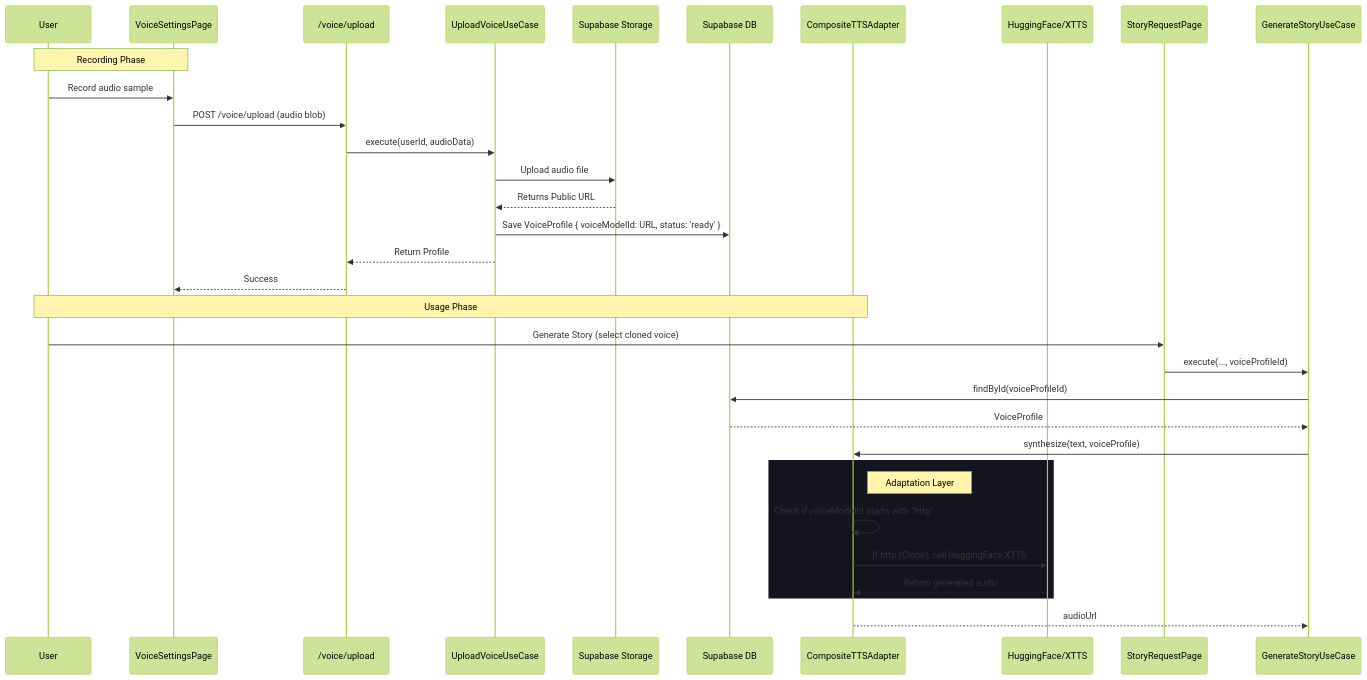
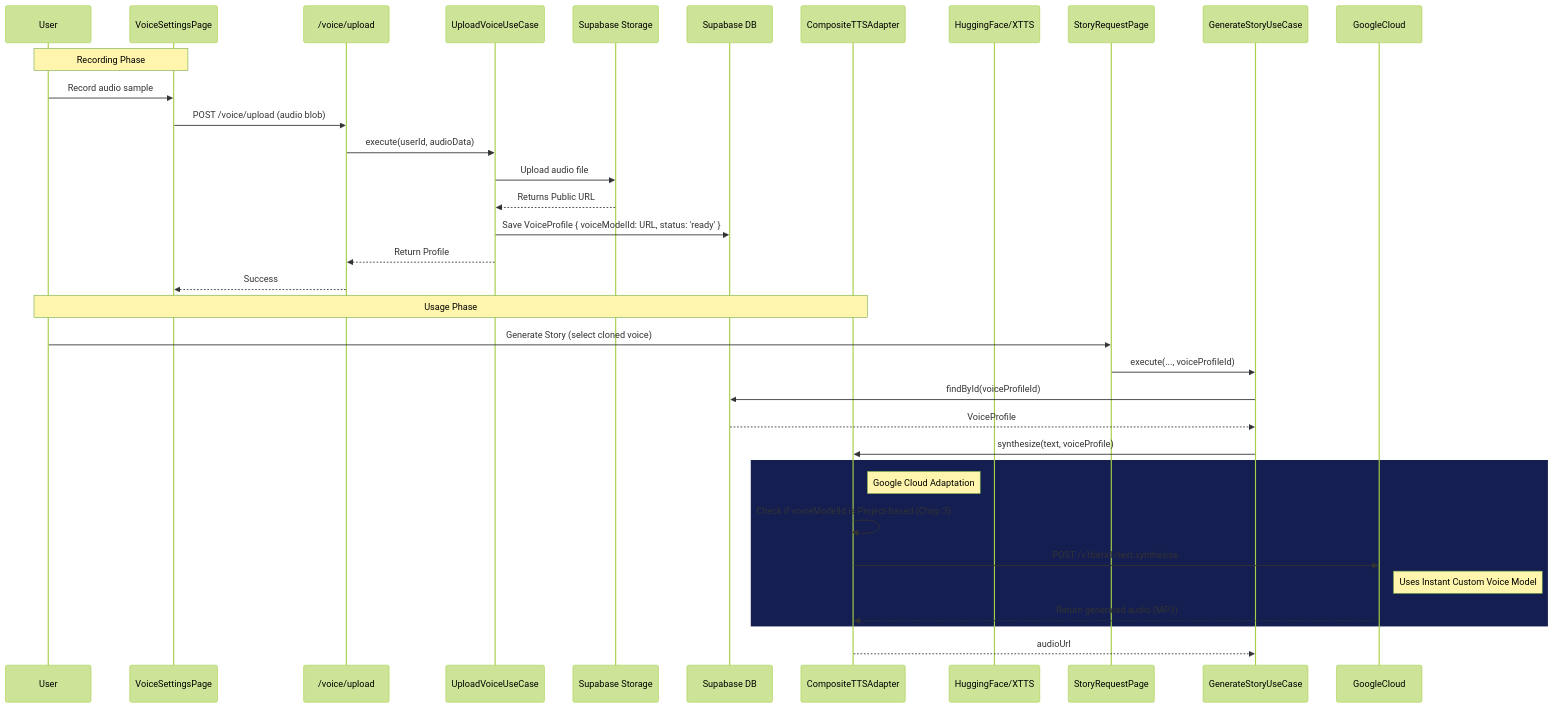
One commit to aero-atlassian-apps/dreamweaver changed the first of 2 diagrams in docs/30-voice-cloning-architecture.md. Above: the diagram before and after it, drawn with Mermaid (forest theme). The commit also changed other lines of this file and 5 other files, not shown here.

First line of the commit message:
feat: implement dormant Google Chirp 3 voice cloning linkage

````diff
--- a/docs/30-voice-cloning-architecture.md
+++ b/docs/30-voice-cloning-architecture.md
@@ -29,37 +31,38 @@
 ```mermaid
 sequenceDiagram
     participant User
     participant VoiceSettingsPage
     participant API as /voice/upload
     participant UseCase as UploadVoiceUseCase
     participant Storage as Supabase Storage
     participant DB as Supabase DB
     participant TTS as CompositeTTSAdapter
     participant HF as HuggingFace/XTTS
 
     Note over User, VoiceSettingsPage: Recording Phase
     User->>VoiceSettingsPage: Record audio sample
     VoiceSettingsPage->>API: POST /voice/upload (audio blob)
     API->>UseCase: execute(userId, audioData)
     UseCase->>Storage: Upload audio file
     Storage-->>UseCase: Returns Public URL
     UseCase->>DB: Save VoiceProfile { voiceModelId: URL, status: 'ready' }
     UseCase-->>API: Return Profile
     API-->>VoiceSettingsPage: Success
 
     Note over User, TTS: Usage Phase
     User->>StoryRequestPage: Generate Story (select cloned voice)
     StoryRequestPage->>GenerateStoryUseCase: execute(..., voiceProfileId)
     GenerateStoryUseCase->>DB: findById(voiceProfileId)
     DB-->>GenerateStoryUseCase: VoiceProfile
     GenerateStoryUseCase->>TTS: synthesize(text, voiceProfile)
     
-    rect rgb(20, 20, 30)
-        Note right of TTS: Adaptation Layer
-        TTS->>TTS: Check if voiceModelId starts with "http"
-        TTS->>HF: If http (Clone), call HuggingFace XTTS
-        HF-->>TTS: Return generated audio
+    rect rgb(20, 30, 80)
+        Note right of TTS: Google Cloud Adaptation
+        TTS->>TTS: Check if voiceModelId is Project-based (Chirp 3)
+        TTS->>GoogleCloud: POST /v1beta1/text:synthesize
+        Note right of GoogleCloud: Uses Instant Custom Voice Model
+        GoogleCloud-->>TTS: Return generated audio (MP3)
     end
     
     TTS-->>GenerateStoryUseCase: audioUrl
 ```
````
